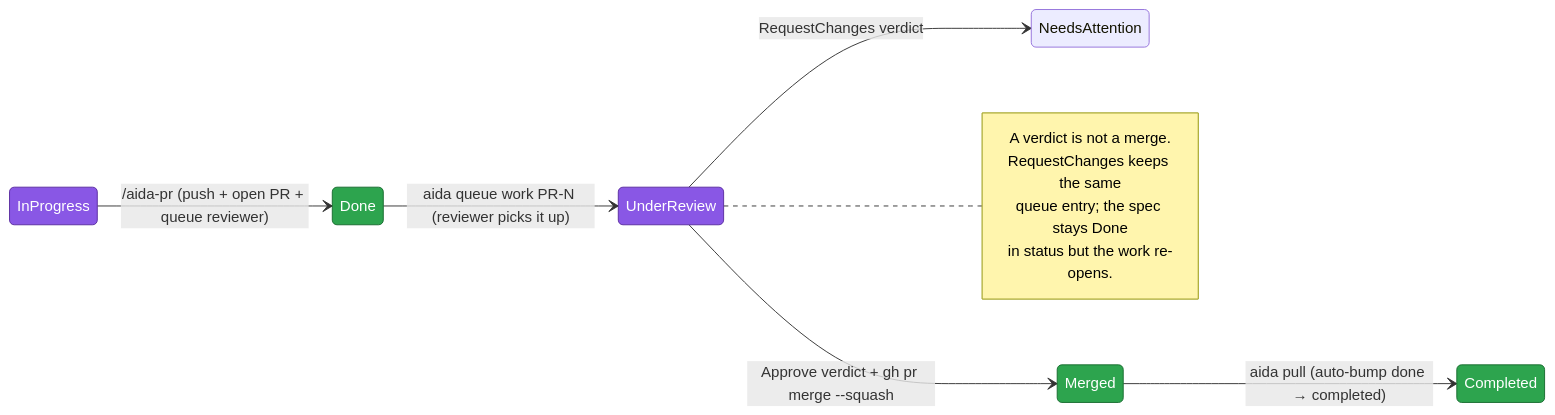
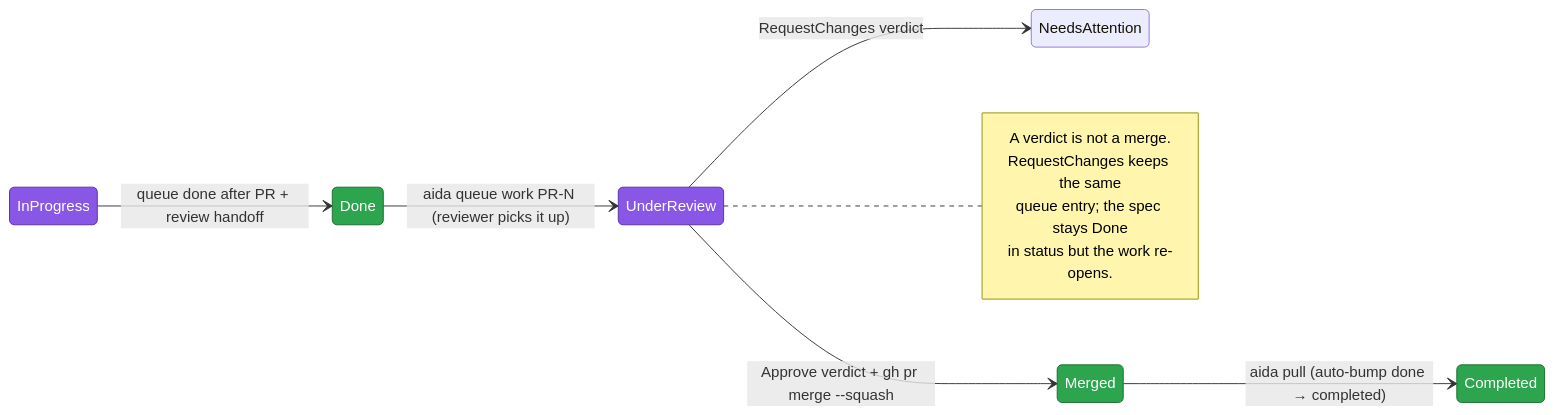
The second of 6 diagrams in docs/lifecycle.md (joemooney/aida), drawn with Mermaid before and after one commit. The commit also changed other lines of this file and 12 other files, not shown here.

````diff
--- a/docs/lifecycle.md
+++ b/docs/lifecycle.md
@@ -353,22 +353,22 @@
 ```mermaid
 stateDiagram-v2
     direction LR
-    InProgress --> Done: /aida-pr (push + open PR + queue reviewer)
+    InProgress --> Done: queue done after PR + review handoff
     Done --> UnderReview: aida queue work PR-N (reviewer picks it up)
     UnderReview --> NeedsAttention: RequestChanges verdict
     UnderReview --> Merged: Approve verdict + gh pr merge --squash
     Merged --> Completed: aida pull (auto-bump done → completed)
 
     note right of UnderReview
         A verdict is not a merge.
         RequestChanges keeps the same
         queue entry; the spec stays Done
         in status but the work re-opens.
     end note
 
     classDef llm fill:#8957e5,stroke:#5a2ca0,color:#fff
     classDef git fill:#2da44e,stroke:#176b2e,color:#fff
 
     class InProgress,UnderReview llm
     class Done,Merged,Completed git
 ```
````
